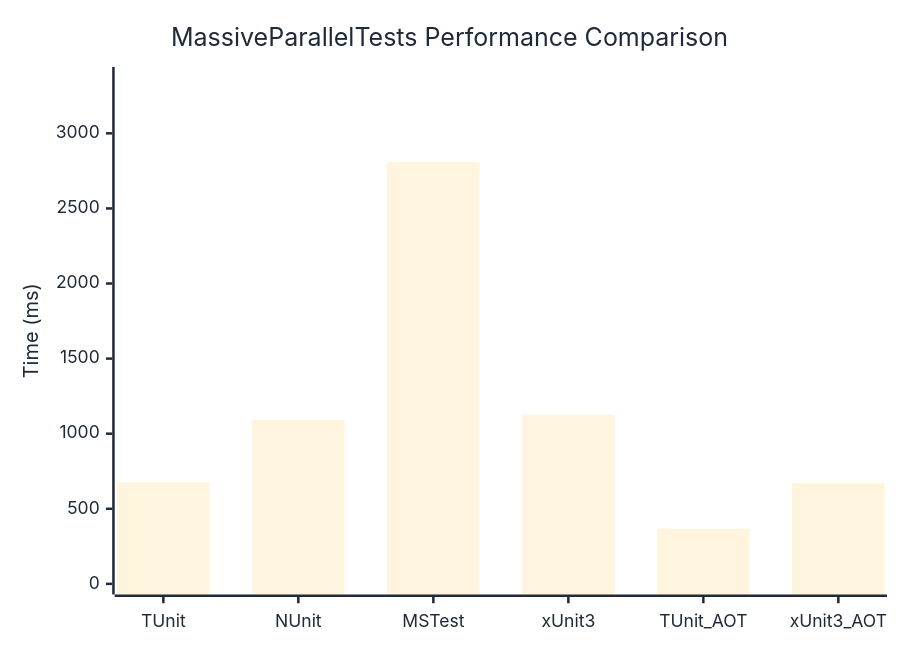
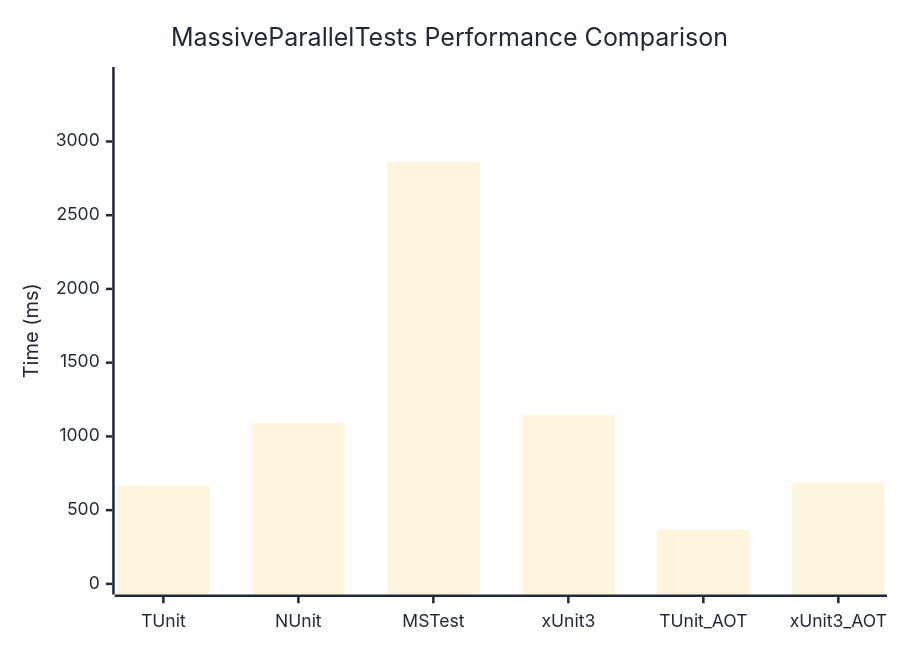
One commit to thomhurst/TUnit changed the diagram in docs/docs/benchmarks/engine/MassiveParallelTests.md. Above: the diagram before and after it, drawn with Mermaid. The commit also changed other lines of this file and 18 other files, not shown here.

````diff
--- a/docs/docs/benchmarks/engine/MassiveParallelTests.md
+++ b/docs/docs/benchmarks/engine/MassiveParallelTests.md
@@ -30,37 +30,37 @@
 ```mermaid
 %%{init: {
   'theme':'base',
   'themeVariables': {
     'primaryColor': '#2563eb',
     'primaryTextColor': '#1f2937',
     'primaryBorderColor': '#1e40af',
     'lineColor': '#6b7280',
     'secondaryColor': '#7c3aed',
     'tertiaryColor': '#dc2626',
     'background': '#ffffff',
     'mainBkg': '#2563eb',
     'secondBkg': '#7c3aed',
     'tertiaryBkg': '#dc2626',
     'clusterBkg': '#f3f4f6',
     'edgeLabelBackground': '#ffffff',
     'tertiaryTextColor': '#1f2937',
     'pie1': '#2563eb',
     'pie2': '#7c3aed',
     'pie3': '#dc2626',
     'pie4': '#f59e0b',
     'pie5': '#10b981',
     'pie6': '#06b6d4',
     'pie7': '#ec4899',
     'pie8': '#6366f1',
     'pie9': '#84cc16',
     'pie10': '#f97316',
     'pie11': '#14b8a6',
     'pie12': '#a855f7'
   }
 }}%%
 xychart-beta
   title "MassiveParallelTests Performance Comparison"
   x-axis ["TUnit", "NUnit", "MSTest", "xUnit3", "TUnit_AOT", "xUnit3_AOT"]
-  y-axis "Time (ms)" 0 --> 3371
-  bar [676.6, 1092.8, 2808.9, 1126.3, 367.2, 672.5]
+  y-axis "Time (ms)" 0 --> 3433
+  bar [667.5, 1092.2, 2860.7, 1146, 367.1, 683.9]
 ```
````
